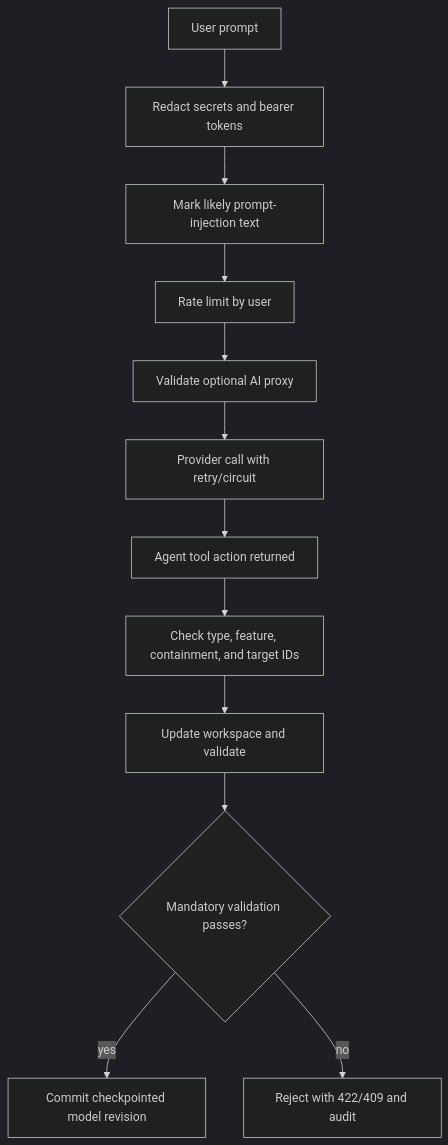
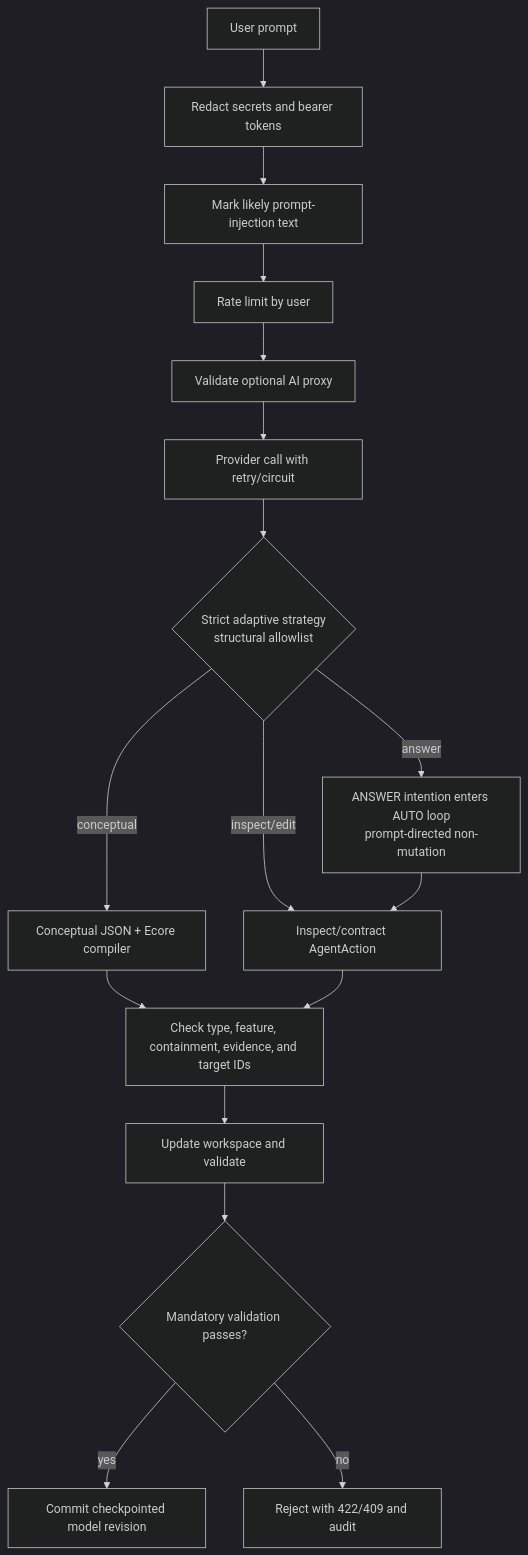
The fifth of 8 diagrams in docs/diagrams/23-security-observability-failure.md (mehdieidi/modriss), drawn with Mermaid (dark theme) before and after one commit. The commit also changed 66 other files, not shown here.

````diff
--- a/docs/diagrams/23-security-observability-failure.md
+++ b/docs/diagrams/23-security-observability-failure.md
@@ -91,19 +91,26 @@
 ```mermaid
 flowchart TD
     prompt["User prompt"]
     redact["Redact secrets and bearer tokens"]
     inject["Mark likely prompt-injection text"]
     rate["Rate limit by user"]
     proxy["Validate optional AI proxy"]
     provider["Provider call with retry/circuit"]
-    action["Agent tool action returned"]
-    ground["Check type, feature, containment, and target IDs"]
+    strategy{"Strict adaptive strategy<br/>structural allowlist"}
+    conceptual["Conceptual JSON + Ecore compiler"]
+    action["Inspect/contract AgentAction"]
+    ground["Check type, feature, containment, evidence, and target IDs"]
     preview["Update workspace and validate"]
     decision{"Mandatory validation passes?"}
     save["Commit checkpointed model revision"]
+    answer["ANSWER intention enters AUTO loop<br/>prompt-directed non-mutation"]
     block["Reject with 422/409 and audit"]
 
-    prompt --> redact --> inject --> rate --> proxy --> provider --> action --> ground --> preview --> decision
+    prompt --> redact --> inject --> rate --> proxy --> provider --> strategy
+    strategy -- conceptual --> conceptual --> ground
+    strategy -- inspect/edit --> action --> ground
+    strategy -- answer --> answer --> action
+    ground --> preview --> decision
     decision -- yes --> save
     decision -- no --> block
 ```
````
